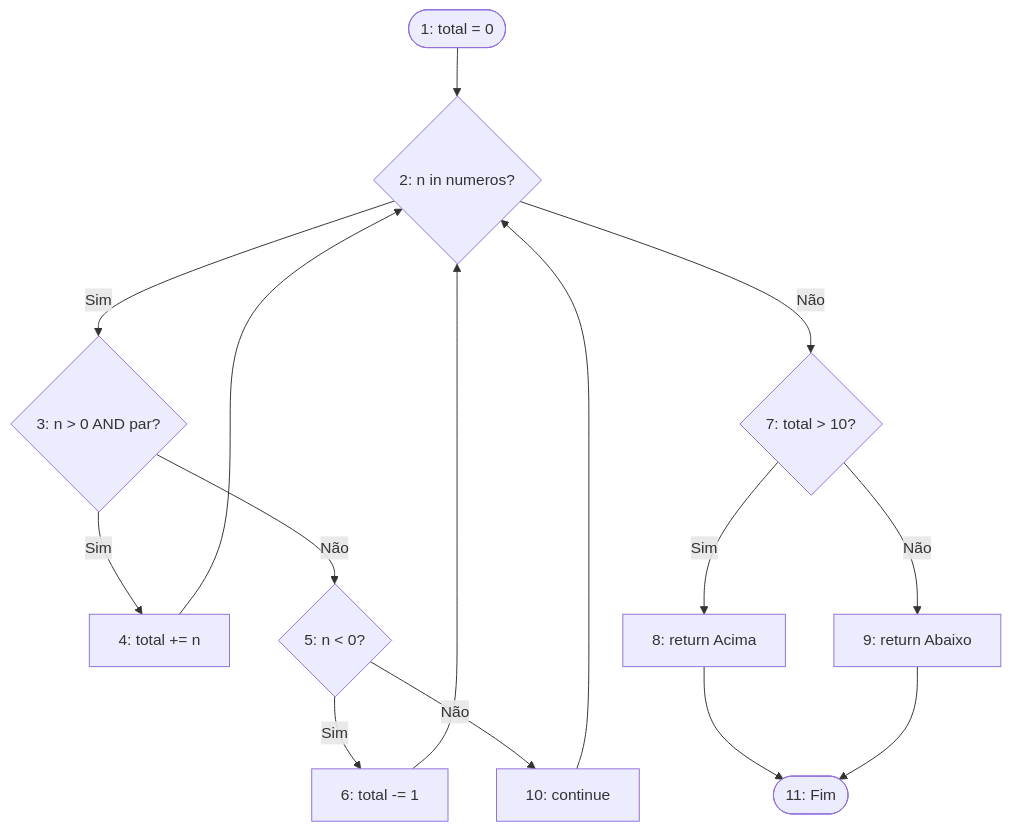
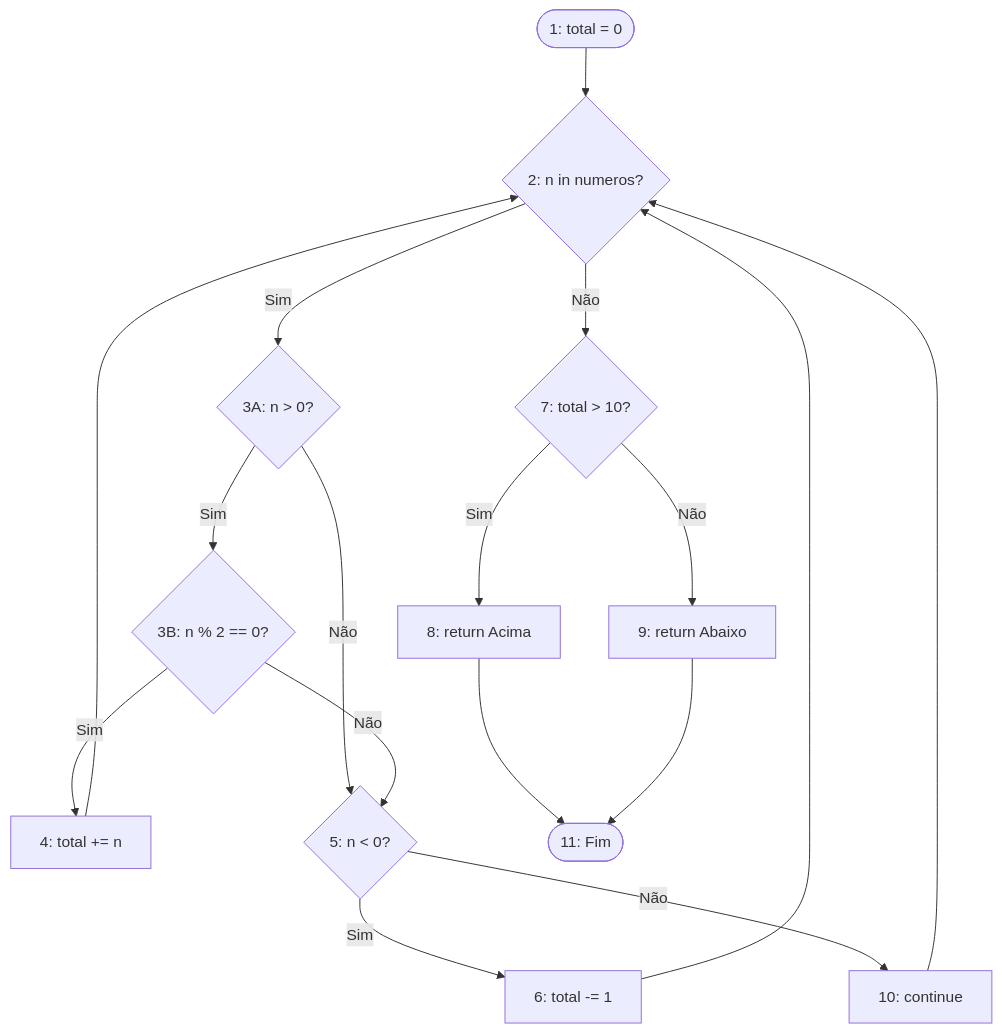
Before and after one commit to Humbertin07/Simula-o-e-Teste-de-Software: the seventh of 8 diagrams in caixa_branca/readme.md, drawn with Mermaid. The commit also changed other lines of this file, not shown here.

````diff
--- a/caixa_branca/readme.md
+++ b/caixa_branca/readme.md
@@ -275,18 +274,20 @@
 ```mermaid
 graph TD
     1([1: total = 0]) --> 2{2: n in numeros?}
-    2 -- Sim --> 3{3: n > 0 AND par?}
-    3 -- Sim --> 4[4: total += n]
-    3 -- Não --> 5{5: n < 0?}
+    2 -- Sim --> 3A{3A: n > 0?}
+    3A -- Sim --> 3B{3B: n % 2 == 0?}
+    3A -- Não --> 5{5: n < 0?}
+    3B -- Sim --> 4[4: total += n]
+    3B -- Não --> 5
     5 -- Sim --> 6[6: total -= 1]
     5 -- Não --> 10[10: continue]
     4 --> 2
     6 --> 2
     10 --> 2
     2 -- Não --> 7{7: total > 10?}
     7 -- Sim --> 8[8: return Acima]
     7 -- Não --> 9[9: return Abaixo]
     8 --> 11([11: Fim])
     9 --> 11
 
 ```
````
